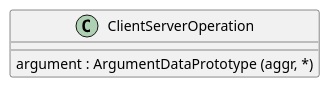
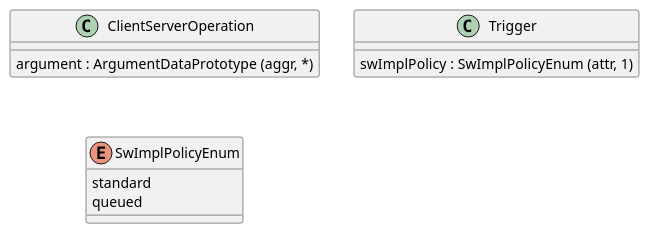
Before and after one commit to hazemanwer2000/knowledge-base: the fourth of 19 diagrams in vault-base/Topics/Technical-Topics/OS/AUTOSAR/General/AUTOSAR-SW-Components.md, drawn with PlantUML. The commit also changed other lines of this file, not shown here.

````diff
--- a/vault-base/Topics/Technical-Topics/OS/AUTOSAR/General/AUTOSAR-SW-Components.md
+++ b/vault-base/Topics/Technical-Topics/OS/AUTOSAR/General/AUTOSAR-SW-Components.md
@@ -101,5 +101,12 @@
 ```plantuml
 class ClientServerOperation {
 	argument : ArgumentDataPrototype (aggr, *)
 }
+class Trigger {
+	swImplPolicy : SwImplPolicyEnum (attr, 1)
+}
+enum SwImplPolicyEnum {
+	standard
+	queued
+}
 ```
````
